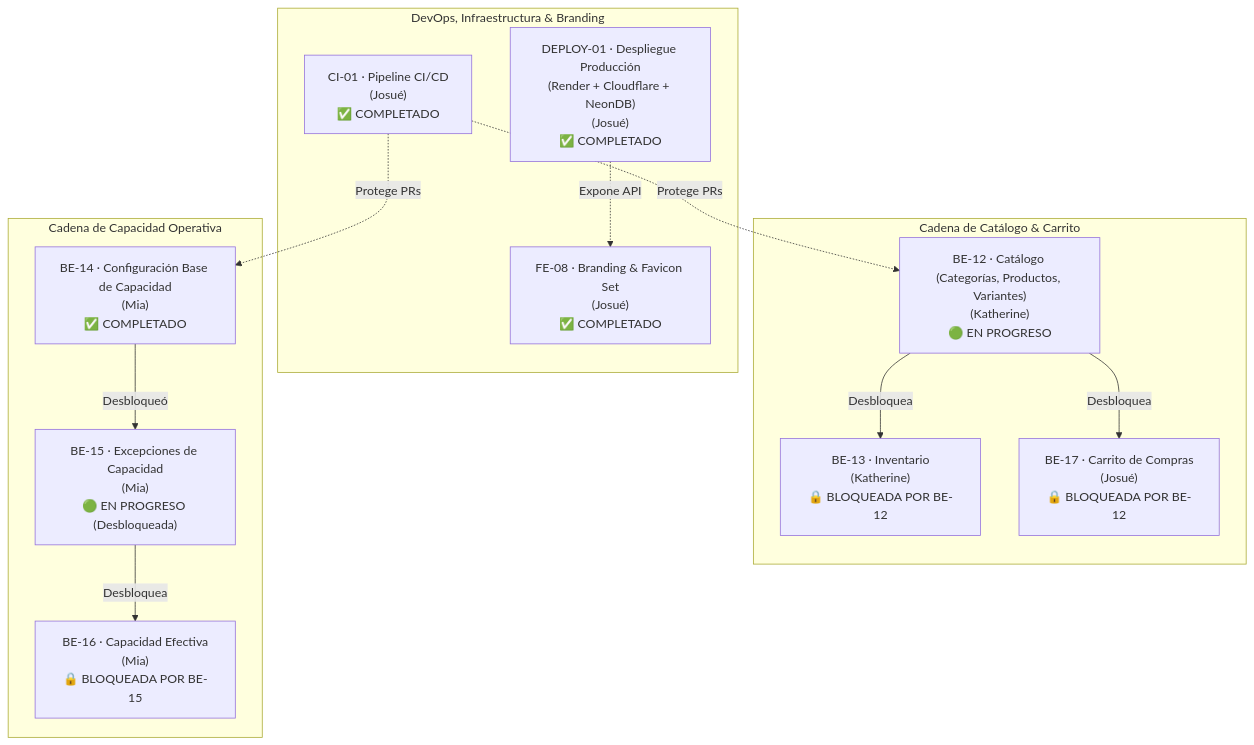
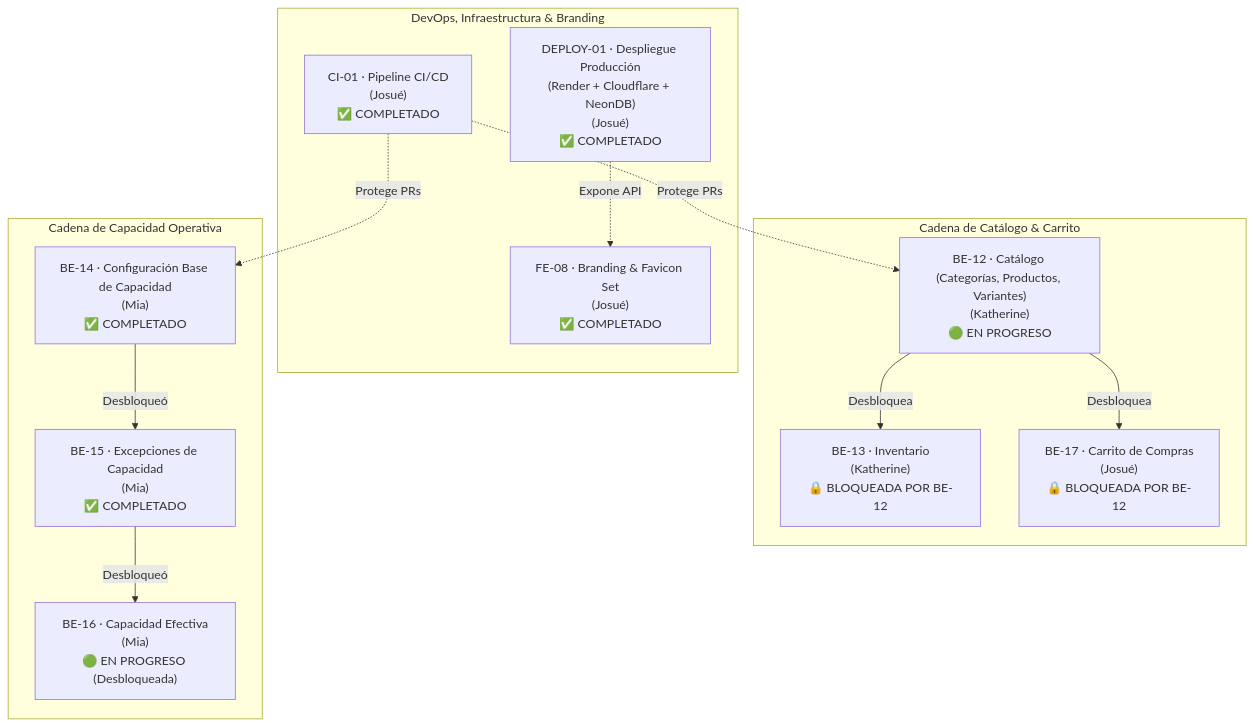
Before and after one commit to iJosueeh/jaldishop: the first of 2 diagrams in docs/06-scrum/sprint-03.md, drawn with Mermaid. The commit also changed other lines of this file and 3 other files, not shown here.

````diff
--- a/docs/06-scrum/sprint-03.md
+++ b/docs/06-scrum/sprint-03.md
@@ -27,28 +27,28 @@
 ```mermaid
 flowchart TD
     subgraph DEVOPS["DevOps, Infraestructura & Branding"]
         CI01["CI-01 · Pipeline CI/CD<br/>(Josué)<br/>✅ COMPLETADO"]
         DEPLOY01["DEPLOY-01 · Despliegue Producción<br/>(Render + Cloudflare + NeonDB)<br/>(Josué)<br/>✅ COMPLETADO"]
         FE08["FE-08 · Branding & Favicon Set<br/>(Josué)<br/>✅ COMPLETADO"]
     end
 
     subgraph CATALOGO["Cadena de Catálogo & Carrito"]
         BE12["BE-12 · Catálogo (Categorías, Productos, Variantes)<br/>(Katherine)<br/>🟢 EN PROGRESO"]
         BE13["BE-13 · Inventario<br/>(Katherine)<br/>🔒 BLOQUEADA POR BE-12"]
         BE17["BE-17 · Carrito de Compras<br/>(Josué)<br/>🔒 BLOQUEADA POR BE-12"]
         BE12 -->|Desbloquea| BE13
         BE12 -->|Desbloquea| BE17
     end
 
     subgraph CAPACIDAD["Cadena de Capacidad Operativa"]
         BE14["BE-14 · Configuración Base de Capacidad<br/>(Mia)<br/>✅ COMPLETADO"]
-        BE15["BE-15 · Excepciones de Capacidad<br/>(Mia)<br/>🟢 EN PROGRESO (Desbloqueada)"]
-        BE16["BE-16 · Capacidad Efectiva<br/>(Mia)<br/>🔒 BLOQUEADA POR BE-15"]
+        BE15["BE-15 · Excepciones de Capacidad<br/>(Mia)<br/>✅ COMPLETADO"]
+        BE16["BE-16 · Capacidad Efectiva<br/>(Mia)<br/>🟢 EN PROGRESO (Desbloqueada)"]
         BE14 -->|Desbloqueó| BE15
-        BE15 -->|Desbloquea| BE16
+        BE15 -->|Desbloqueó| BE16
     end
 
     CI01 -. Protege PRs .-> BE12
     CI01 -. Protege PRs .-> BE14
     DEPLOY01 -. Expone API .-> FE08
 ```
````
